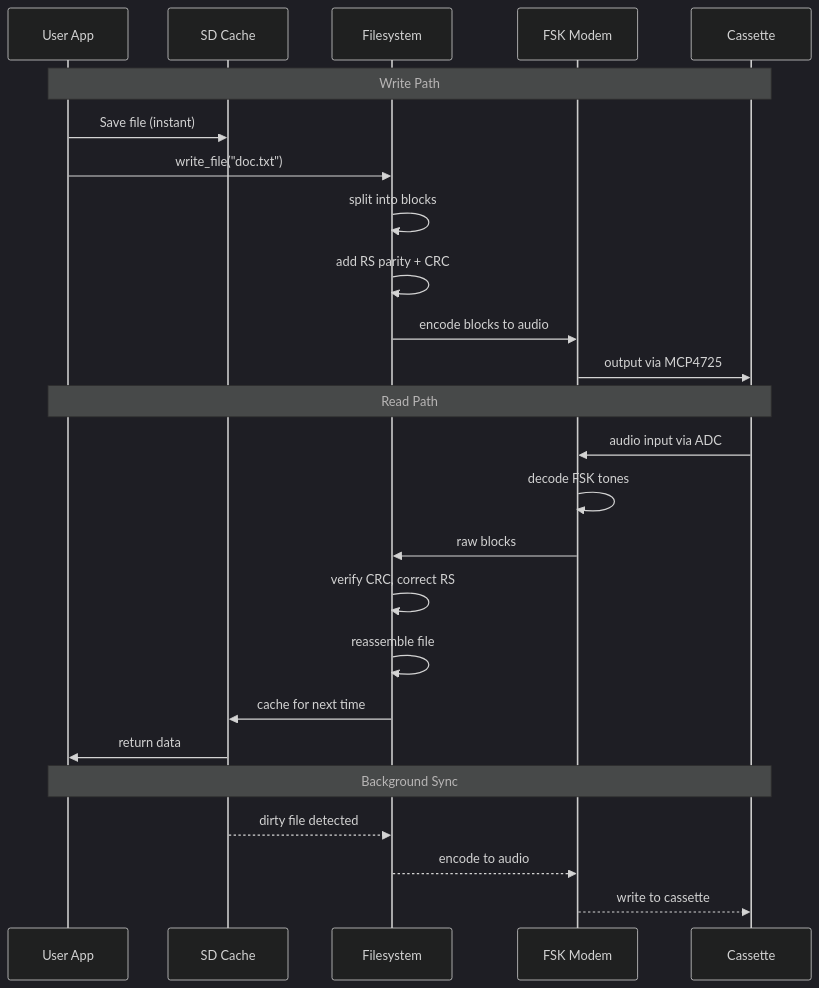
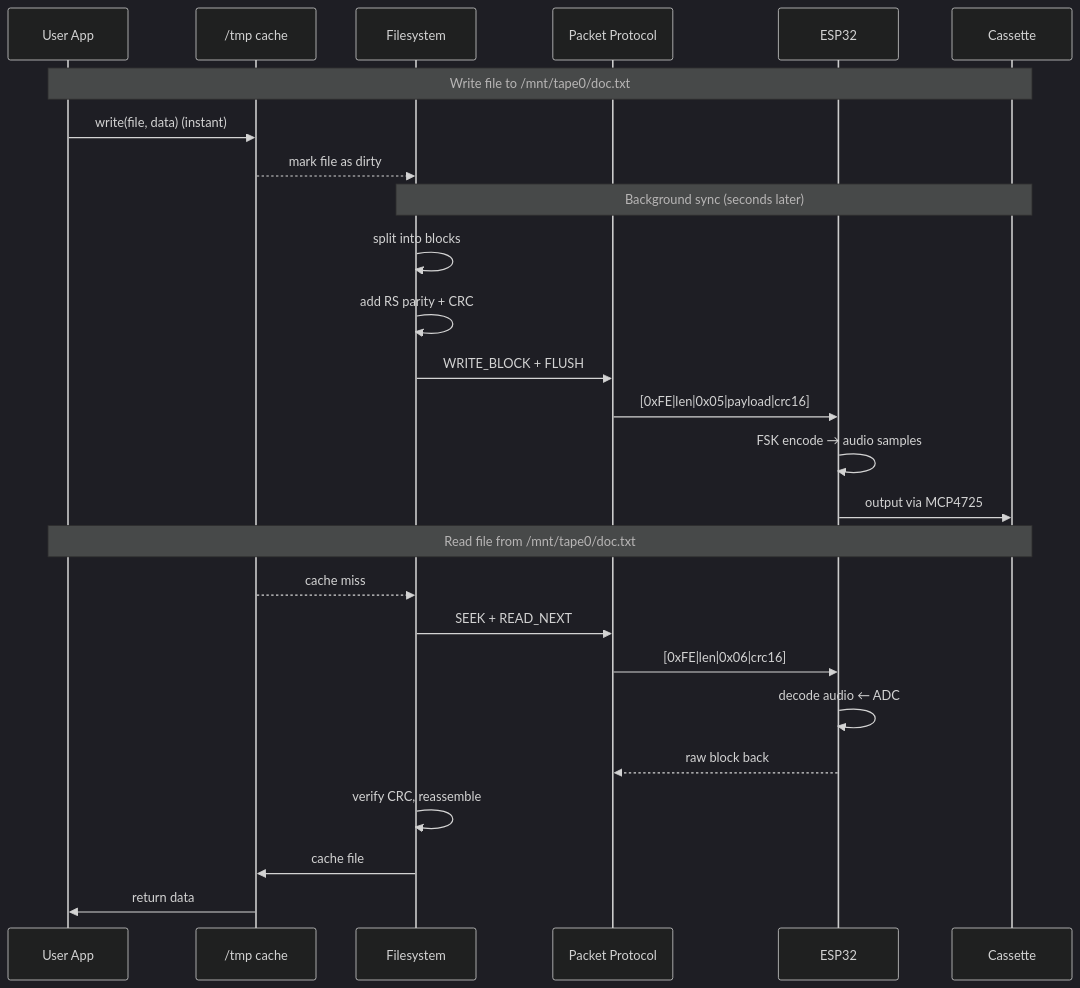
One commit to Daniel-R-Thornton/TapewormFS changed the second of 2 diagrams in ARCHITECTURE.md. Above: the diagram before and after it, drawn with Mermaid (dark theme). The commit also changed other lines of this file and 3 other files, not shown here.

First line of the commit message:
feat: host driver + fix architecture docs

````diff
--- a/ARCHITECTURE.md
+++ b/ARCHITECTURE.md
@@ -50,30 +49,31 @@
 ```mermaid
 sequenceDiagram
     participant User as User App
-    participant Cache as SD Cache
+    participant Cache as /tmp cache
     participant FS as Filesystem
-    participant Modem as FSK Modem
+    participant Proto as Packet Protocol
+    participant ESP as ESP32
     participant Tape as Cassette
 
-    Note over User,Tape: Write Path
-    User->>Cache: Save file (instant)
-    User->>FS: write_file("doc.txt")
+    Note over User,Tape: Write file to /mnt/tape0/doc.txt
+    User->>Cache: write(file, data)  (instant)
+    Cache-->>FS: mark file as dirty
+
+    Note over FS,Tape: Background sync (seconds later)
     FS->>FS: split into blocks
     FS->>FS: add RS parity + CRC
-    FS->>Modem: encode blocks to audio
-    Modem->>Tape: output via MCP4725
-    
-    Note over User,Tape: Read Path
-    Tape->>Modem: audio input via ADC
-    Modem->>Modem: decode FSK tones
-    Modem->>FS: raw blocks
-    FS->>FS: verify CRC, correct RS
-    FS->>FS: reassemble file
-    FS->>Cache: cache for next time
+    FS->>Proto: WRITE_BLOCK + FLUSH
+    Proto->>ESP: [0xFE|len|0x05|payload|crc16]
+    ESP->>ESP: FSK encode → audio samples
+    ESP->>Tape: output via MCP4725
+
+    Note over User,Tape: Read file from /mnt/tape0/doc.txt
+    Cache-->>FS: cache miss
+    FS->>Proto: SEEK + READ_NEXT
+    Proto->>ESP: [0xFE|len|0x06|crc16]
+    ESP->>ESP: decode audio ← ADC
+    ESP-->>Proto: raw block back
+    FS->>FS: verify CRC, reassemble
+    FS->>Cache: cache file
     Cache->>User: return data
-    
-    Note over User,Tape: Background Sync
-    Cache-->>FS: dirty file detected
-    FS-->>Modem: encode to audio
-    Modem-->>Tape: write to cassette
 ```
````
